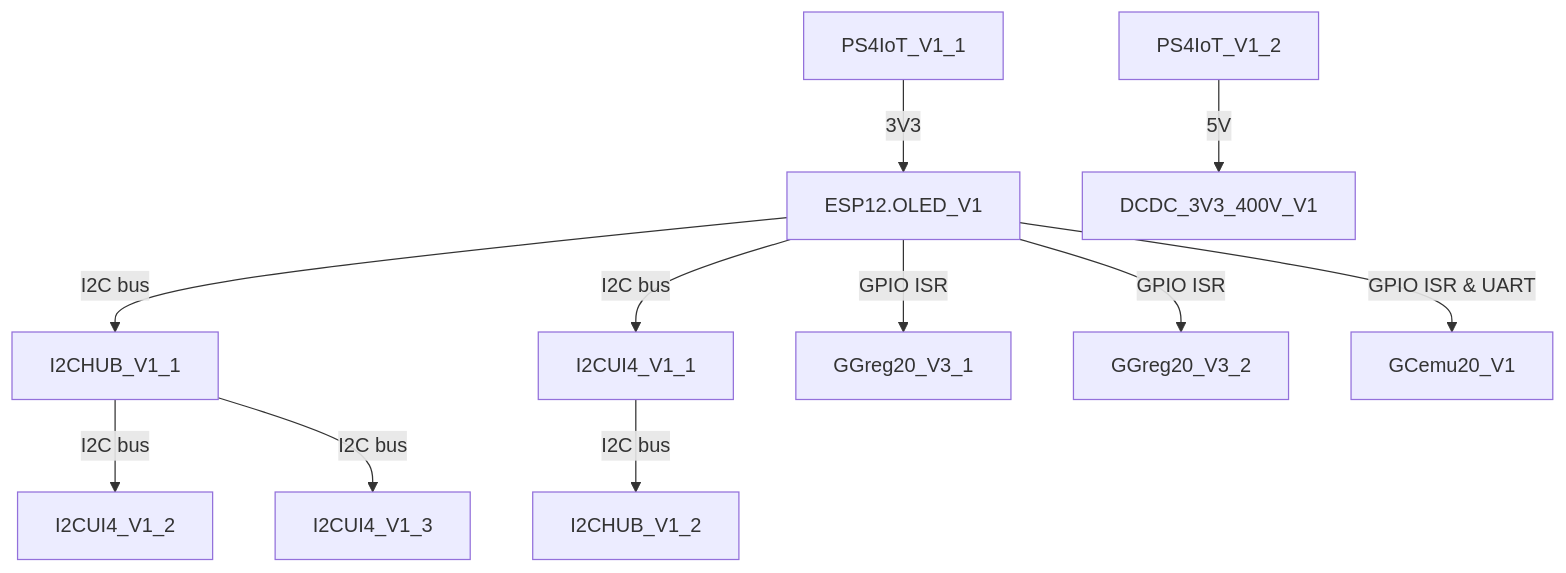
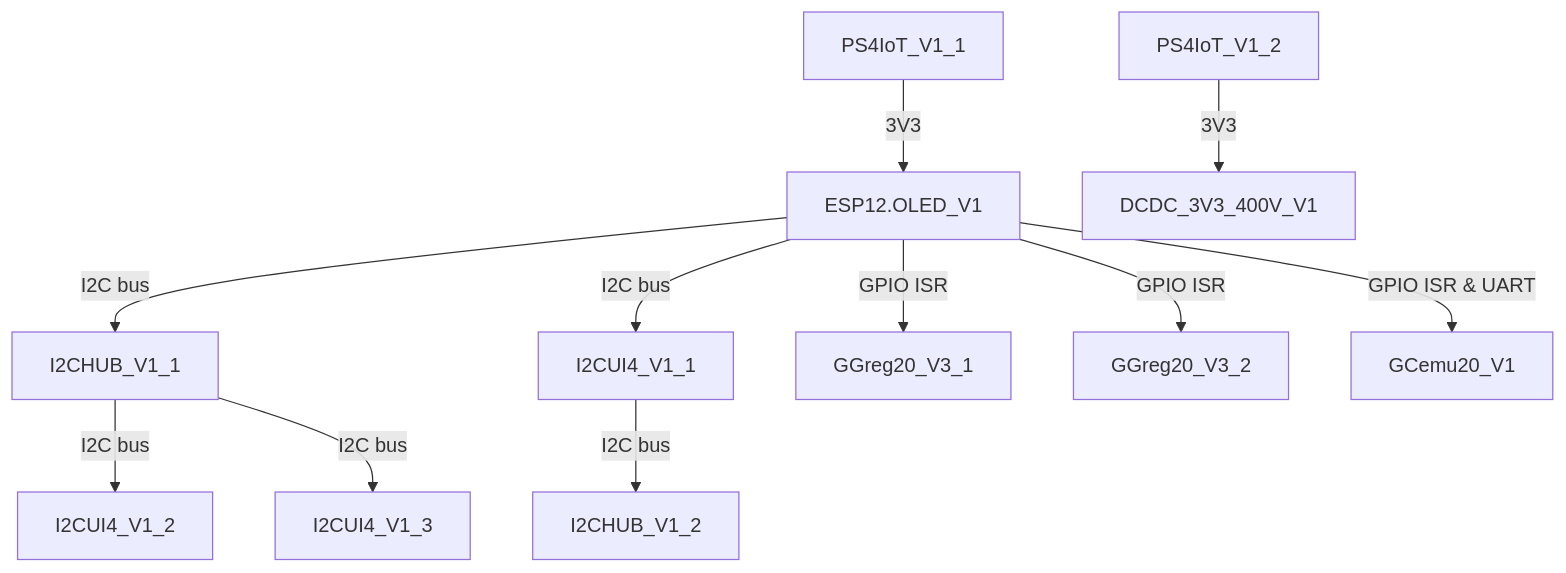
The diagram in README.md (iotdevicesdev/news-logs), drawn with Mermaid before and after one commit.

````diff
--- a/README.md
+++ b/README.md
@@ -14,33 +14,33 @@
 ```mermaid
 graph TD
   PS4IoT_V1_1 -- 3V3 --> ESP12.OLED_V1
   ESP12.OLED_V1 -- I2C bus --> I2CHUB_V1_1
   ESP12.OLED_V1 -- I2C bus --> I2CUI4_V1_1
   I2CUI4_V1_1 -- I2C bus --> I2CHUB_V1_2
   I2CHUB_V1_1 -- I2C bus --> I2CUI4_V1_2
   I2CHUB_V1_1 -- I2C bus --> I2CUI4_V1_3
   ESP12.OLED_V1 -- GPIO ISR --> GGreg20_V3_1
   ESP12.OLED_V1 -- GPIO ISR --> GGreg20_V3_2
   ESP12.OLED_V1 -- GPIO ISR & UART --> GCemu20_V1
-  PS4IoT_V1_2 -- 5V --> DCDC_3V3_400V_V1
+  PS4IoT_V1_2 -- 3V3 --> DCDC_3V3_400V_V1
 
   click PS4IoT_V1_1 href "https://iot-devices.com.ua/en/product/ps4iot-smart-power-module/" "Smart Power Supply - PS4IoT_V1 #1"
   click PS4IoT_V1_2 href "https://iot-devices.com.ua/en/product/ps4iot-smart-power-module/" "Smart Power Supply - PS4IoT_V1 #2"
 
   click ESP12.OLED_V1 href "https://iot-devices.com.ua/en/product/esp12oled-universal-esp8266-mcuboard-oled-en/" "ESP8266 MCU board - ESP12.OLED_V1"
 
   click I2CUI4_V1_1 href "https://iot-devices.com.ua/en/product/i2cui4v1-user-interface-i2c-module-with-5keys-keypad-rgb-led-buzzer/" "MCP23017 I2C user interface 5-key keypad - I2CUI4_V1 #1"
   click I2CUI4_V1_2 href "https://iot-devices.com.ua/en/product/i2cui4v1-user-interface-i2c-module-with-5keys-keypad-rgb-led-buzzer/" "MCP23017 I2C user interface 5-key keypad - I2CUI4_V1 #2"
   click I2CUI4_V1_3 href "https://iot-devices.com.ua/en/product/i2cui4v1-user-interface-i2c-module-with-5keys-keypad-rgb-led-buzzer/" "MCP23017 I2C user interface 5-key keypad - I2CUI4_V1 #3"
 
   click GGreg20_V3_1 href "https://iot-devices.com.ua/en/product/ggreg20_v3-ionizing-radiation-detector-with-geiger-tube-sbm-20/" "Geiger counter radiation detector - GGreg20_V3 #1"
   click GGreg20_V3_2 href "https://iot-devices.com.ua/en/product/ggreg20_v3-ionizing-radiation-detector-with-geiger-tube-sbm-20/" "Geiger counter radiation detector - GGreg20_V3 #2"
 
   click GCemu20_V1 href "https://iot-devices.com.ua/en/product/gcemu20_v1-geiger-counter-emulator/" "Geiger counter emulator - GCemu20_V1"
 
   click I2CHUB_V1_1 href "https://iot-devices.com.ua/en/product/i2chub-v1-module-i2c-bus-interfaces-splitter/" "I2C bus interface splitter - I2CHUB_V1 #1"
   click I2CHUB_V1_2 href "https://iot-devices.com.ua/en/product/i2chub-v1-module-i2c-bus-interfaces-splitter/" "I2C bus interface splitter - I2CHUB_V1 #2"
 
   click DCDC_3V3_400V_V1 href "https://iot-devices.com.ua/en/product/peretvoruvach-naprugy-postijnogo-strumu-dcdc_3v3_400v_v1-3-3-vv-naprugu-400-v-dlya-zhyvlennya-trubky-gejgera-myullera/" "High voltage converter - DCDC_3V3_400V_V1"
 
 ```
````
